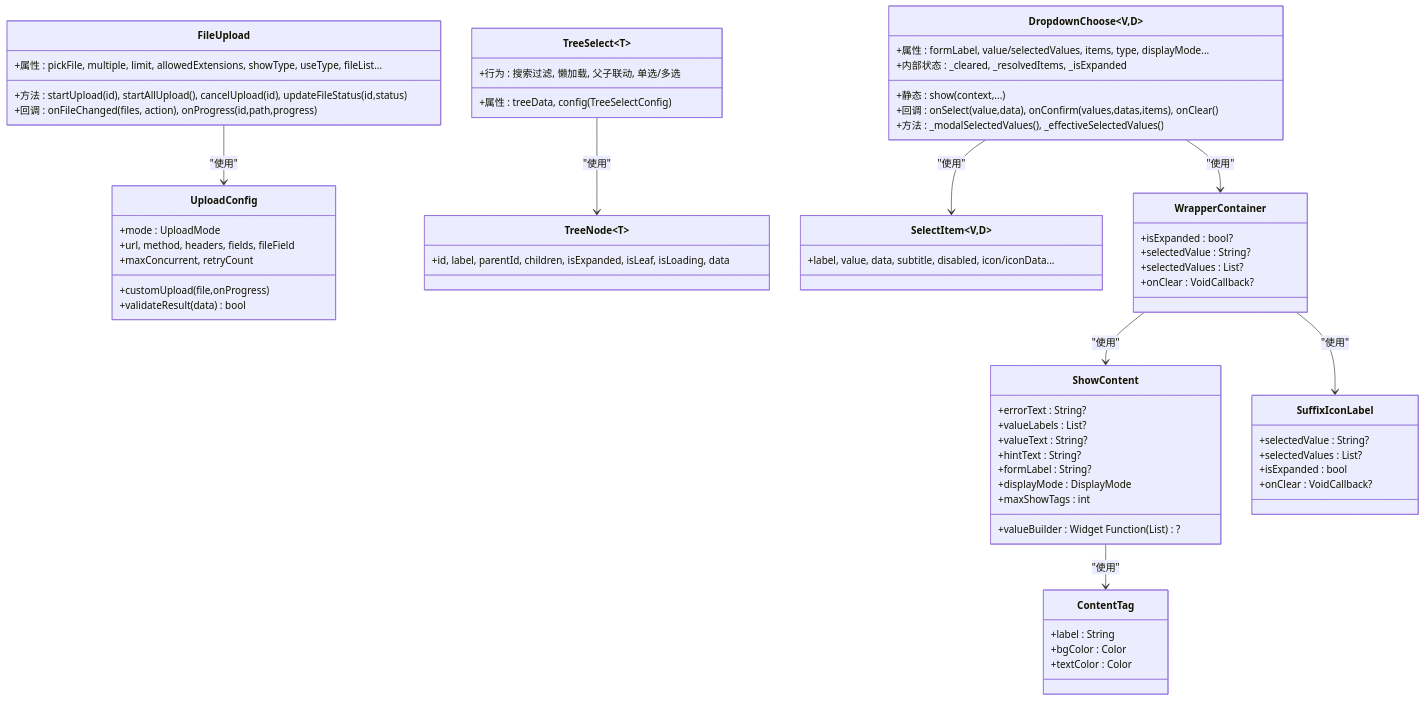
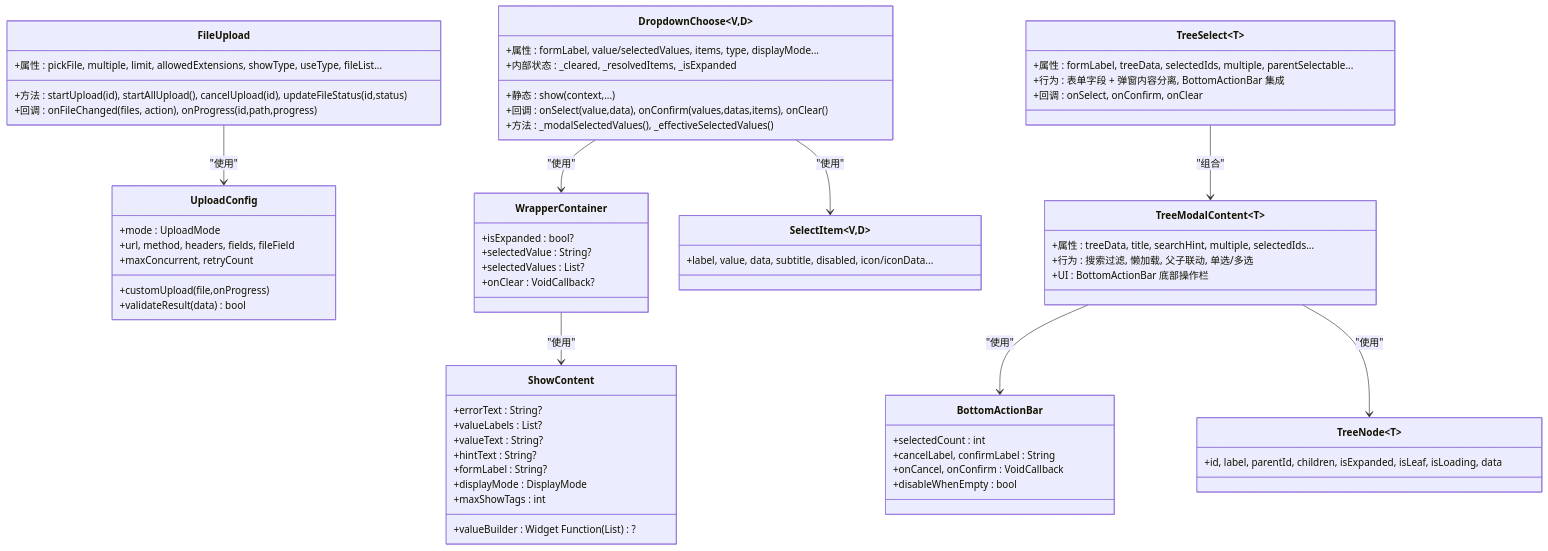
The second of 8 diagrams in .qoder/repowiki/zh/content/API 参考/高级组件 API/高级组件 API.md (yuzhido/lite-ui), drawn with Mermaid before and after one commit. The commit also changed other lines of this file and 22 other files, not shown here.

````diff
--- a/.qoder/repowiki/zh/content/API 参考/高级组件 API/高级组件 API.md
+++ b/.qoder/repowiki/zh/content/API 参考/高级组件 API/高级组件 API.md
@@ -85,66 +90,67 @@
 ```mermaid
 classDiagram
 class FileUpload {
 +属性 : pickFile, multiple, limit, allowedExtensions, showType, useType, fileList...
 +方法 : startUpload(id), startAllUpload(), cancelUpload(id), updateFileStatus(id,status)
 +回调 : onFileChanged(files, action), onProgress(id,path,progress)
 }
 class UploadConfig {
 +mode : UploadMode
 +url, method, headers, fields, fileField
 +maxConcurrent, retryCount
 +customUpload(file,onProgress)
 +validateResult(data) bool
 }
 class DropdownChoose~V,D~ {
 +属性 : formLabel, value/selectedValues, items, type, displayMode...
 +静态 : show(context,...)
 +回调 : onSelect(value,data), onConfirm(values,datas,items), onClear()
 +内部状态 : _cleared, _resolvedItems, _isExpanded
 +方法 : _modalSelectedValues(), _effectiveSelectedValues()
 }
 class TreeSelect~T~ {
-+属性 : treeData, config(TreeSelectConfig)
++属性 : formLabel, treeData, selectedIds, multiple, parentSelectable...
++行为 : 表单字段 + 弹窗内容分离, BottomActionBar 集成
++回调 : onSelect, onConfirm, onClear
+}
+class TreeModalContent~T~ {
++属性 : treeData, title, searchHint, multiple, selectedIds...
 +行为 : 搜索过滤, 懒加载, 父子联动, 单选/多选
++UI : BottomActionBar 底部操作栏
 }
 class TreeNode~T~ {
 +id, label, parentId, children, isExpanded, isLeaf, isLoading, data
 }
 class SelectItem~V,D~ {
 +label, value, data, subtitle, disabled, icon/iconData...
+}
+class BottomActionBar {
++selectedCount : int
++cancelLabel, confirmLabel : String
++onCancel, onConfirm : VoidCallback
++disableWhenEmpty : bool
 }
 class WrapperContainer {
 +isExpanded : bool?
 +selectedValue : String?
 +selectedValues : List<String>?
 +onClear : VoidCallback?
 }
 class ShowContent {
 +errorText : String?
 +valueLabels : List<String>?
 +valueText : String?
 +hintText : String?
 +formLabel : String?
 +displayMode : DisplayMode
 +maxShowTags : int
 +valueBuilder : Widget Function(List<String>)?
 }
-class SuffixIconLabel {
-+selectedValue : String?
-+selectedValues : List<String>?
-+isExpanded : bool
-+onClear : VoidCallback?
-}
-class ContentTag {
-+label : String
-+bgColor : Color
-+textColor : Color
-}
 FileUpload --> UploadConfig : "使用"
 DropdownChoose --> SelectItem : "使用"
 DropdownChoose --> WrapperContainer : "使用"
 WrapperContainer --> ShowContent : "使用"
-WrapperContainer --> SuffixIconLabel : "使用"
-ShowContent --> ContentTag : "使用"
-TreeSelect --> TreeNode : "使用"
+TreeSelect --> TreeModalContent : "组合"
+TreeModalContent --> BottomActionBar : "使用"
+TreeModalContent --> TreeNode : "使用"
 ```
````
